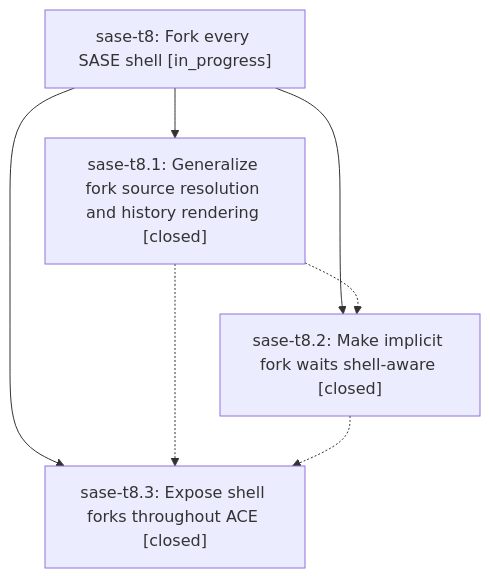
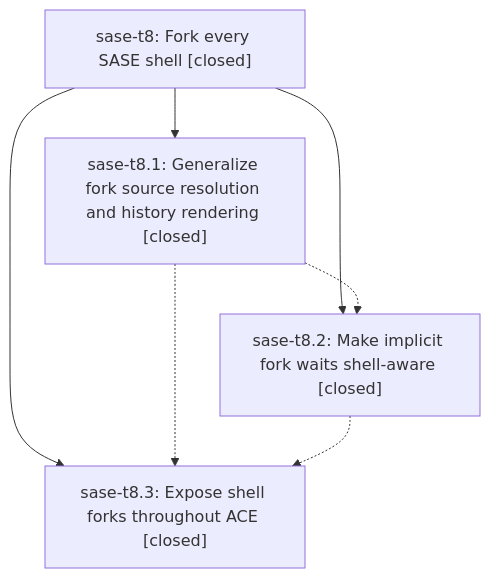
One commit to sase-org/sase--beads changed the diagram in pages/sase-t8/README.md. Above: the diagram before and after it, drawn with Mermaid. The commit also changed other lines of this file, not shown here.

First line of the commit message:
chore(beads): sync bead state and pages for sase-t8

````diff
--- a/pages/sase-t8/README.md
+++ b/pages/sase-t8/README.md
@@ -61,13 +83,13 @@
 ```mermaid
 flowchart TD
-    n0["sase-t8: Fork every SASE shell [in_progress]"]
+    n0["sase-t8: Fork every SASE shell [closed]"]
     n1["sase-t8.1: Generalize fork source resolution and history rendering [closed]"]
     n2["sase-t8.2: Make implicit fork waits shell-aware [closed]"]
     n3["sase-t8.3: Expose shell forks throughout ACE [closed]"]
     n0 --> n1
     n0 --> n2
     n0 --> n3
     n1 -.-> n2
     n1 -.-> n3
     n2 -.-> n3
 ```
````
